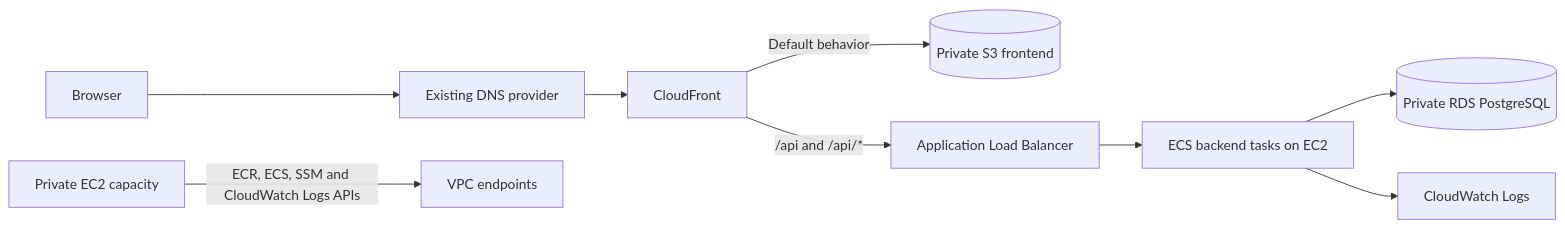
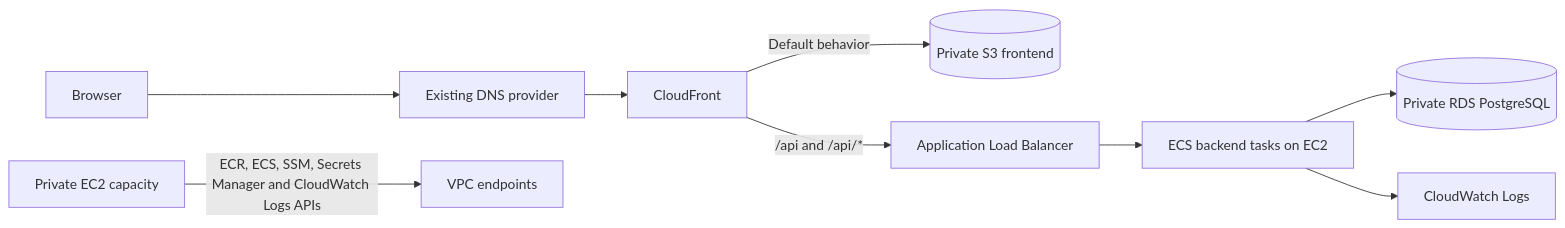
One commit to jakobzagar/Fit-Track changed the diagram in docs/aws-deployment-plan.md. Above: the diagram before and after it, drawn with Mermaid. The commit also changed other lines of this file and 3 other files, not shown here.

Commit message:
feat: add ECS service secrets and execution role

````diff
--- a/docs/aws-deployment-plan.md
+++ b/docs/aws-deployment-plan.md
@@ -28,11 +28,11 @@
 ```mermaid
 flowchart LR
     Browser[Browser] --> DNS[Existing DNS provider]
     DNS --> CF[CloudFront]
     CF -->|Default behavior| S3[(Private S3 frontend)]
     CF -->|/api and /api/*| ALB[Application Load Balancer]
     ALB --> ECS[ECS backend tasks on EC2]
     ECS --> RDS[(Private RDS PostgreSQL)]
     ECS --> CW[CloudWatch Logs]
-    EC2[Private EC2 capacity] -->|ECR, ECS, SSM and CloudWatch Logs APIs| VPCE[VPC endpoints]
+    EC2[Private EC2 capacity] -->|ECR, ECS, SSM, Secrets Manager and CloudWatch Logs APIs| VPCE[VPC endpoints]
 ```
````
